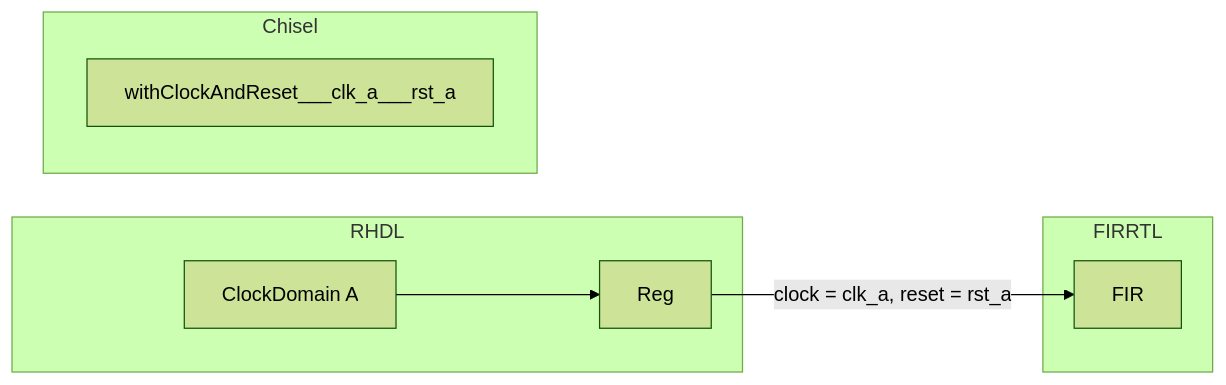
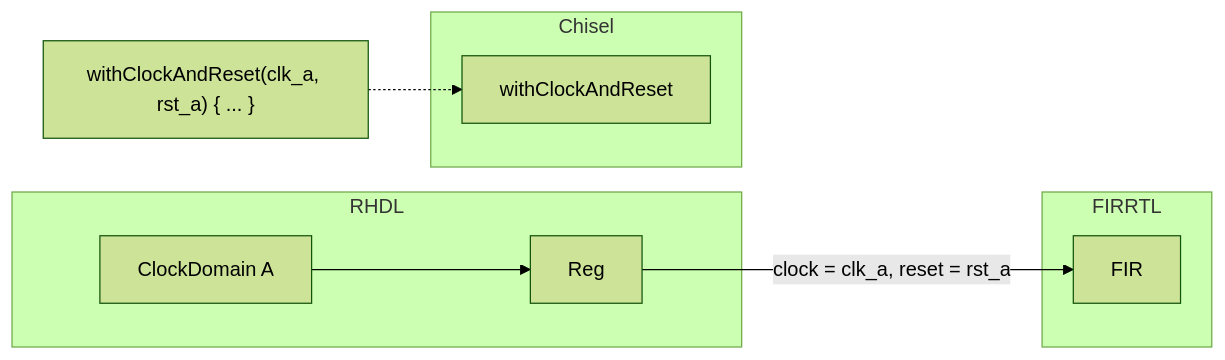
The seventh of 8 diagrams in docs/requirements/12. 与 Chisel 的互转设计.md (TangCan/bitloom), drawn with Mermaid (forest theme) before and after one commit. The commit also changed other lines of this file and 17 other files, not shown here.

````diff
--- a/docs/requirements/12. 与 Chisel 的互转设计.md
+++ b/docs/requirements/12. 与 Chisel 的互转设计.md
@@ -256,13 +238,15 @@
 ```mermaid
 flowchart LR
     subgraph RHDL
         CD[ClockDomain A] --> RegA[Reg]
     end
     subgraph FIRRTL
         RegA -->|clock = clk_a, reset = rst_a| FIR
     end
     subgraph Chisel
-        withClockAndReset___clk_a___rst_a 
+        withClockAndReset
     end
+    NotewithClockAndReset["withClockAndReset(clk_a, rst_a) { ... }"]
+    NotewithClockAndReset -.-> withClockAndReset
 
 ```
````
